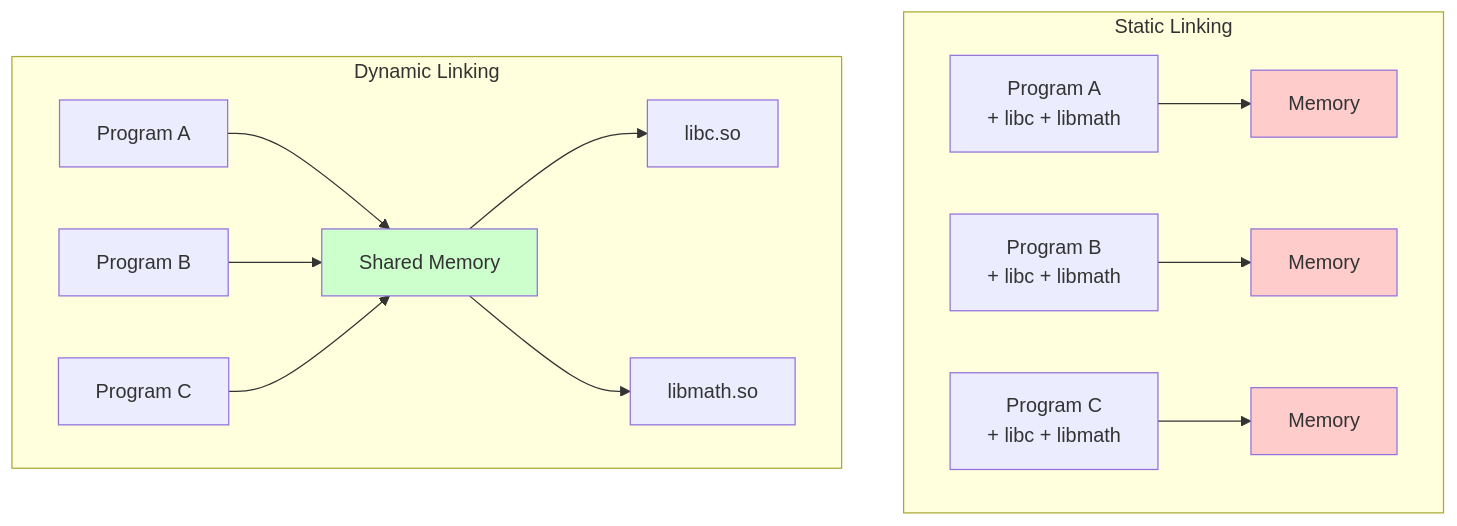
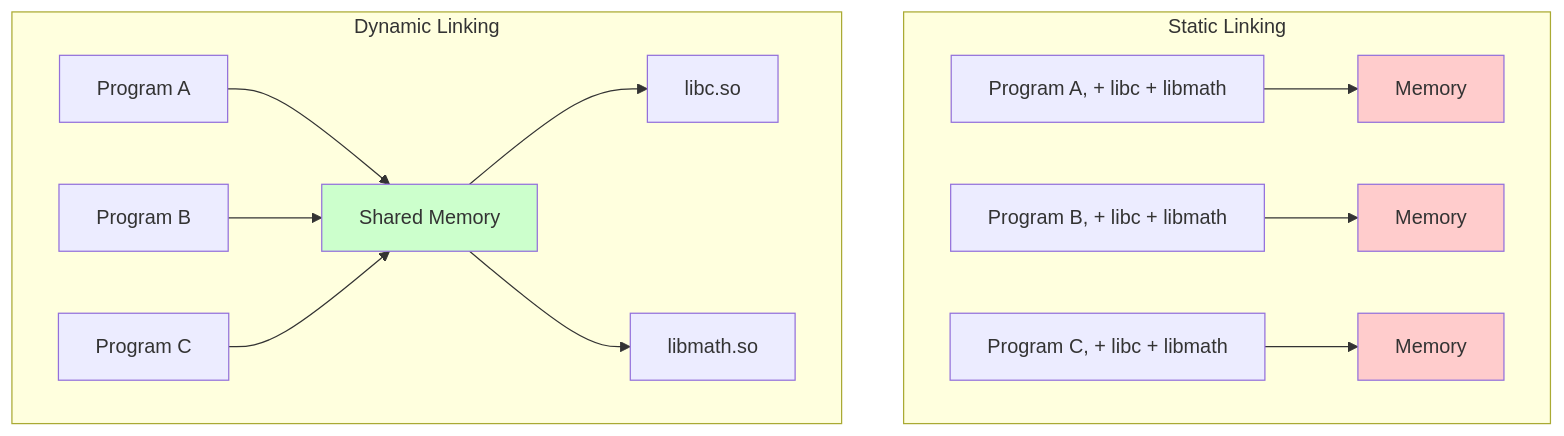
One commit to choru-k/choru-wiki changed the diagram in docs/cs/compilation/dynamic-library.md. Above: the diagram before and after it, drawn with Mermaid. The commit also changed other lines of this file and 5 other files, not shown here.

````diff
--- a/docs/cs/compilation/dynamic-library.md
+++ b/docs/cs/compilation/dynamic-library.md
@@ -27,21 +27,21 @@
 ```mermaid
 graph TB
     subgraph "Static Linking"
-        A[Program A<br/>+ libc + libmath] --> M1[Memory]
-        B[Program B<br/>+ libc + libmath] --> M2[Memory]
-        C[Program C<br/>+ libc + libmath] --> M3[Memory]
+        A[Program A, + libc + libmath] --> M1[Memory]
+        B[Program B, + libc + libmath] --> M2[Memory]
+        C[Program C, + libc + libmath] --> M3[Memory]
     end
     
     subgraph "Dynamic Linking"
         D[Program A] --> SM[Shared Memory]
         E[Program B] --> SM
         F[Program C] --> SM
         SM --> L1[libc.so]
         SM --> L2[libmath.so]
     end
     
     style M1 fill:#ffcccc
     style M2 fill:#ffcccc
     style M3 fill:#ffcccc
     style SM fill:#ccffcc
 ```
````
